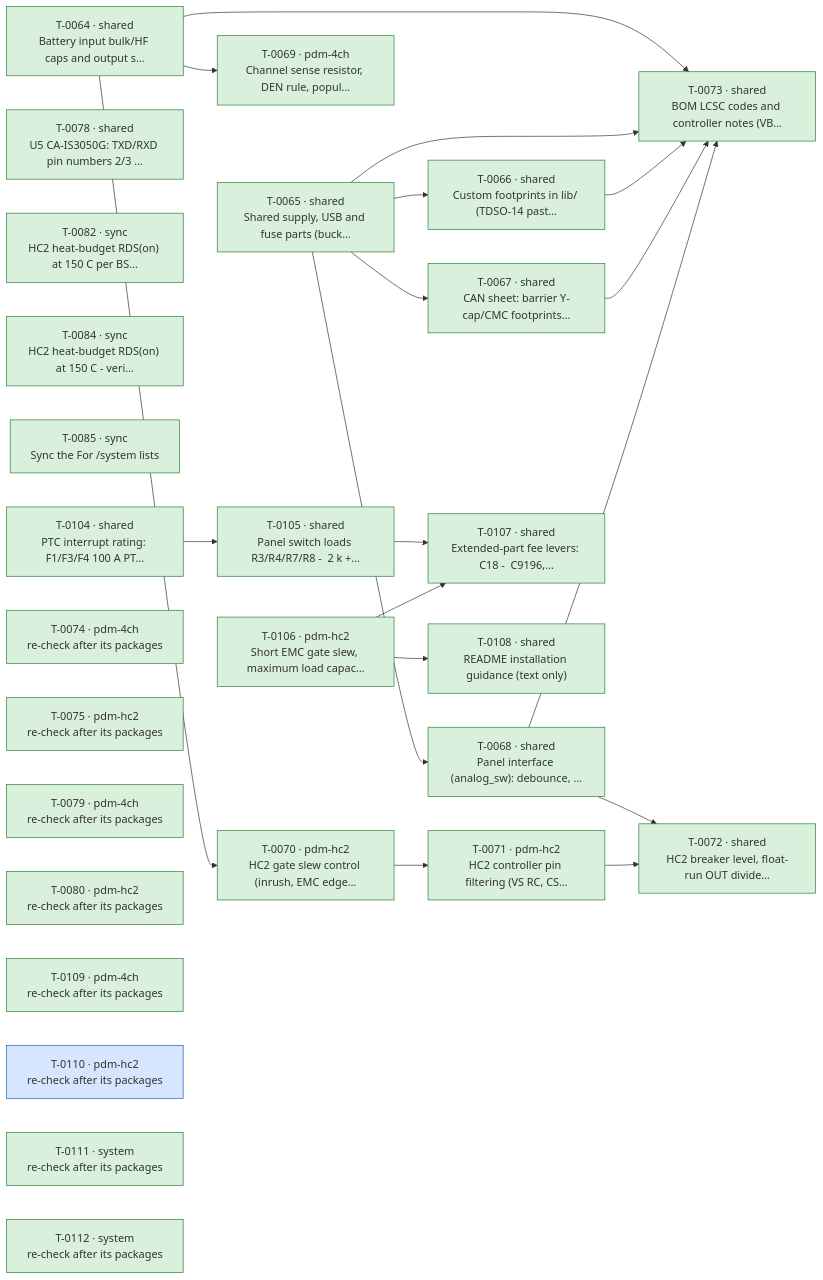
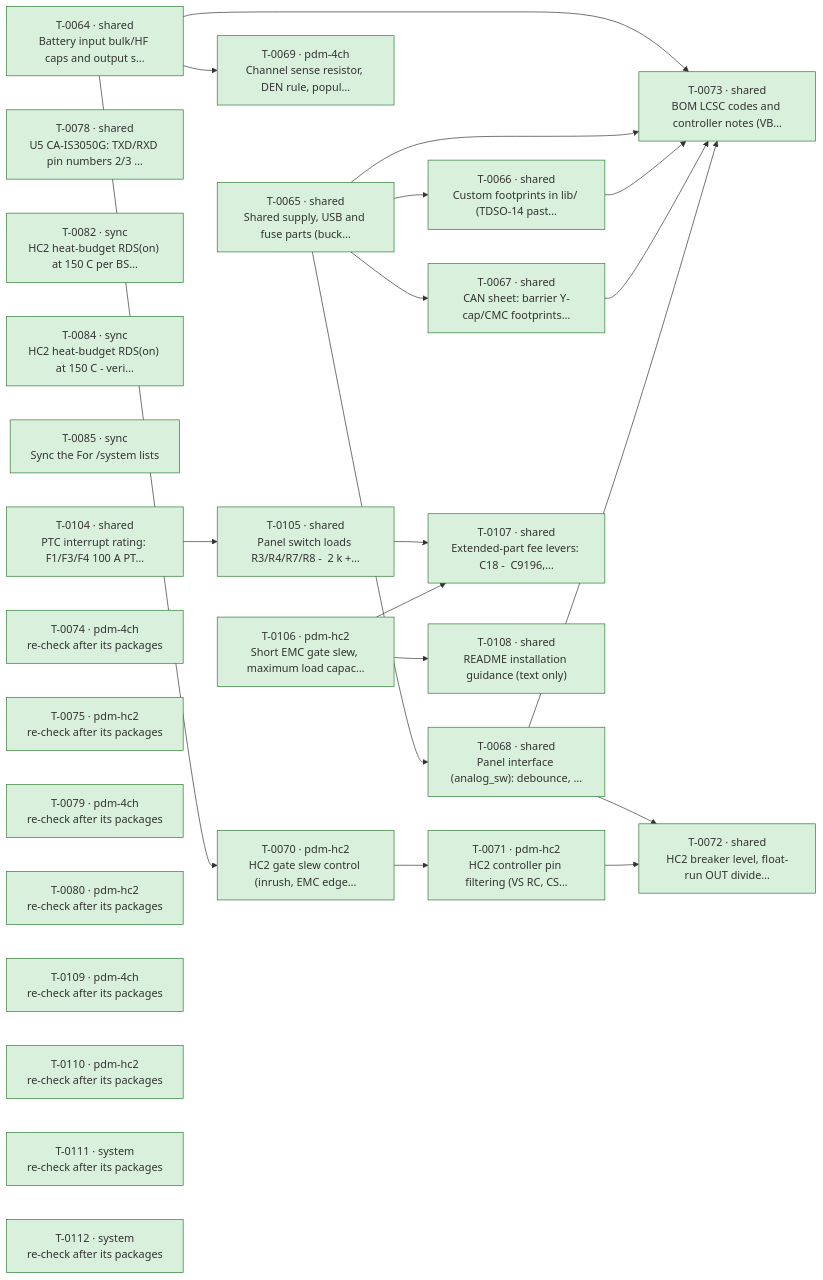
One commit to plektra/ESP32-PDM changed the diagram in docs/ROADMAP.md. Above: the diagram before and after it, drawn with Mermaid. The commit also changed other lines of this file and 2 other files, not shown here.

First line of the commit message:
Auto: validator pdm-hc2 (T-0110): 0 decided by agents, 0 for the owner, 0 duplicates

````diff
--- a/docs/ROADMAP.md
+++ b/docs/ROADMAP.md
@@ -18,51 +18,51 @@
 ```mermaid
 flowchart LR
   T0064["T-0064 · shared<br/>Battery input bulk/HF caps and output s…"]:::done
   T0065["T-0065 · shared<br/>Shared supply, USB and fuse parts (buck…"]:::done
   T0066["T-0066 · shared<br/>Custom footprints in lib/ (TDSO-14 past…"]:::done
   T0067["T-0067 · shared<br/>CAN sheet: barrier Y-cap/CMC footprints…"]:::done
   T0068["T-0068 · shared<br/>Panel interface (analog_sw): debounce, …"]:::done
   T0069["T-0069 · pdm-4ch<br/>Channel sense resistor, DEN rule, popul…"]:::done
   T0070["T-0070 · pdm-hc2<br/>HC2 gate slew control (inrush, EMC edge…"]:::done
   T0071["T-0071 · pdm-hc2<br/>HC2 controller pin filtering (VS RC, CS…"]:::done
   T0072["T-0072 · shared<br/>HC2 breaker level, float-run OUT divide…"]:::done
   T0073["T-0073 · shared<br/>BOM LCSC codes and controller notes (VB…"]:::done
   T0078["T-0078 · shared<br/>U5 CA-IS3050G: TXD/RXD pin numbers 2/3 …"]:::done
   T0082["T-0082 · sync<br/>HC2 heat-budget RDS(on) at 150 C per BS…"]:::done
   T0084["T-0084 · sync<br/>HC2 heat-budget RDS(on) at 150 C - veri…"]:::done
   T0085["T-0085 · sync<br/>Sync the  For /system  lists"]:::done
   T0104["T-0104 · shared<br/>PTC interrupt rating: F1/F3/F4 100 A PT…"]:::done
   T0105["T-0105 · shared<br/>Panel switch loads R3/R4/R7/R8 -  2 k +…"]:::done
   T0106["T-0106 · pdm-hc2<br/>Short EMC gate slew, maximum load capac…"]:::done
   T0107["T-0107 · shared<br/>Extended-part fee levers: C18 -  C9196,…"]:::done
   T0108["T-0108 · shared<br/>README installation guidance (text only)"]:::done
   T0074["T-0074 · pdm-4ch<br/>re-check after its packages"]:::done
   T0075["T-0075 · pdm-hc2<br/>re-check after its packages"]:::done
   T0079["T-0079 · pdm-4ch<br/>re-check after its packages"]:::done
   T0080["T-0080 · pdm-hc2<br/>re-check after its packages"]:::done
   T0109["T-0109 · pdm-4ch<br/>re-check after its packages"]:::done
-  T0110["T-0110 · pdm-hc2<br/>re-check after its packages"]:::running
+  T0110["T-0110 · pdm-hc2<br/>re-check after its packages"]:::done
   T0111["T-0111 · system<br/>re-check after its packages"]:::done
   T0112["T-0112 · system<br/>re-check after its packages"]:::done
   T0065 --> T0066
   T0065 --> T0067
   T0065 --> T0068
   T0064 --> T0069
   T0064 --> T0070
   T0070 --> T0071
   T0068 --> T0072
   T0071 --> T0072
   T0064 --> T0073
   T0065 --> T0073
   T0066 --> T0073
   T0067 --> T0073
   T0068 --> T0073
   T0104 --> T0105
   T0105 --> T0107
   T0106 --> T0107
   T0106 --> T0108
   classDef done fill:#d8f0dc,stroke:#2e7d32
   classDef running fill:#d6e6ff,stroke:#1f5fbf
   classDef ready fill:#f2f2f2,stroke:#888
   classDef failed fill:#f9d9d9,stroke:#b3261e
 ```
````
